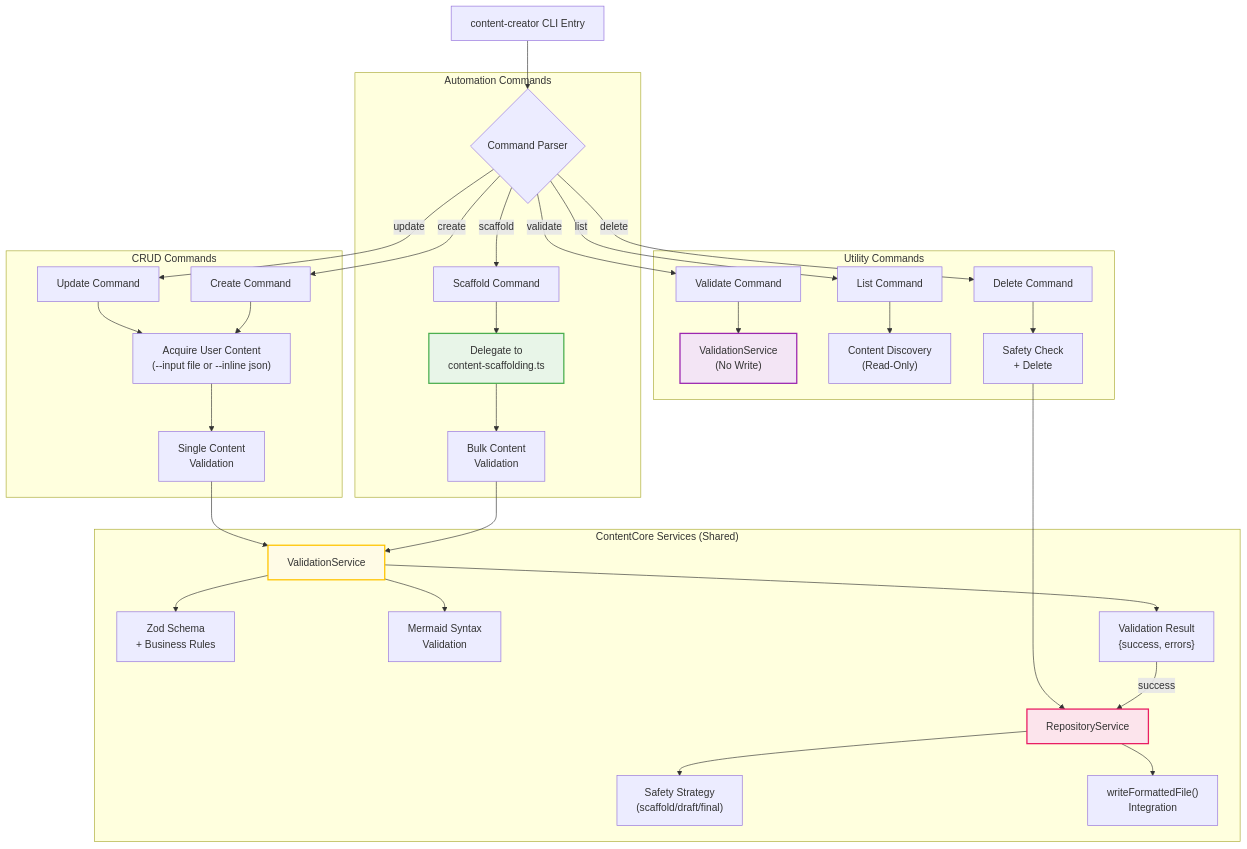
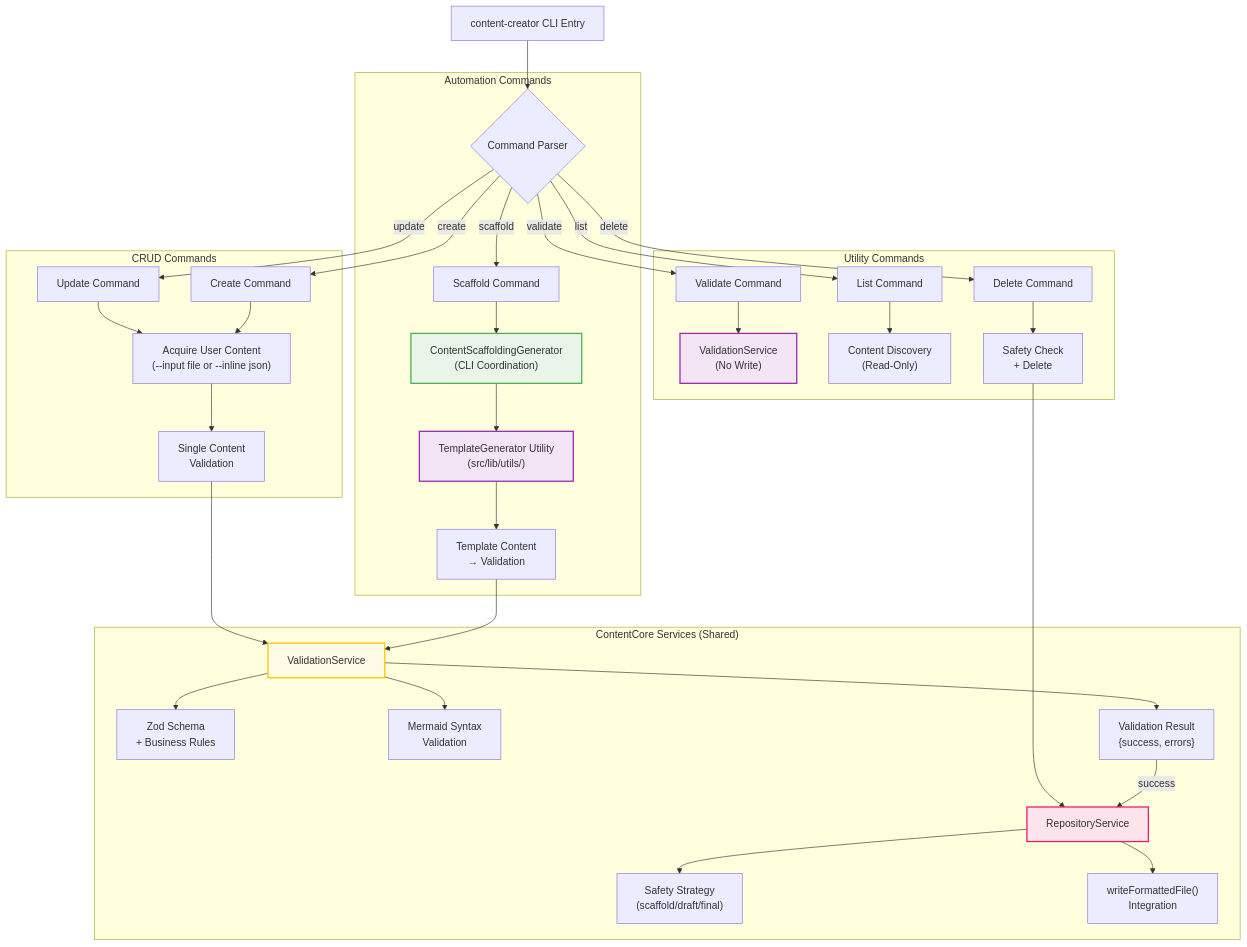
The second of 6 diagrams in PLAN-CONTENT-GENERATION.md (castocolina/learn-cloud), drawn with Mermaid before and after one commit. The commit also changed other lines of this file and 12 other files, not shown here.

First line of the commit message:
feat: (Task 3F2) Add comprehensive test suite for Content Creator CLI and refactor Content Scaffolding tests

````diff
--- a/PLAN-CONTENT-GENERATION.md
+++ b/PLAN-CONTENT-GENERATION.md
@@ -108,44 +117,46 @@
 ```mermaid
 flowchart TB
     CLI["content-creator CLI Entry"] --> Parser{Command Parser}
 
     subgraph "Automation Commands"
         Parser -- "scaffold" --> ScaffoldCmd["Scaffold Command"]
-        ScaffoldCmd --> ExistingScript["Delegate to<br/>content-scaffolding.ts"]
-        ExistingScript --> BulkValidation["Bulk Content<br/>Validation"]
+        ScaffoldCmd --> ExistingScript["ContentScaffoldingGenerator<br/>(CLI Coordination)"]
+        ExistingScript --> TemplateGen["TemplateGenerator Utility<br/>(src/lib/utils/)"]
+        TemplateGen --> BulkValidation["Template Content<br/>→ Validation"]
     end
 
     subgraph "CRUD Commands"
         Parser -- "create" --> CreateCmd["Create Command"]
         Parser -- "update" --> UpdateCmd["Update Command"]
         CreateCmd --> AcquireContent["Acquire User Content<br/>(--input file or --inline json)"]
         UpdateCmd --> AcquireContent
         AcquireContent --> SingleValidation["Single Content<br/>Validation"]
     end
 
     subgraph "Utility Commands"
         Parser -- "validate" --> ValidateCmd["Validate Command"] --> ValidationOnly["ValidationService<br/>(No Write)"]
         Parser -- "list" --> ListCmd["List Command"] --> Discovery["Content Discovery<br/>(Read-Only)"]
         Parser -- "delete" --> DeleteCmd["Delete Command"] --> SafetyCheck["Safety Check<br/>+ Delete"]
     end
 
     subgraph "ContentCore Services (Shared)"
         BulkValidation --> VS["ValidationService"]
         SingleValidation --> VS
         VS --> ZodValidation["Zod Schema<br/>+ Business Rules"]
         VS --> MermaidValidation["Mermaid Syntax<br/>Validation"]
         VS --> ValidationResult["Validation Result<br/>{success, errors}"]
 
         ValidationResult -- "success" --> RS["RepositoryService"]
         RS --> SafetyStrategy["Safety Strategy<br/>(scaffold/draft/final)"]
         RS --> PrettierWrite["writeFormattedFile()<br/>Integration"]
 
         SafetyCheck --> RS
     end
 
     %% Styling
     style ExistingScript fill:#e8f5e8,stroke:#4caf50,stroke-width:2px
+    style TemplateGen fill:#f3e5f5,stroke:#9c27b0,stroke-width:2px
     style VS fill:#fffbe6,stroke:#ffc400,stroke-width:2px
     style RS fill:#fce4ec,stroke:#e91e63,stroke-width:2px
     style ValidationOnly fill:#f3e5f5,stroke:#9c27b0,stroke-width:2px
 ```
````
